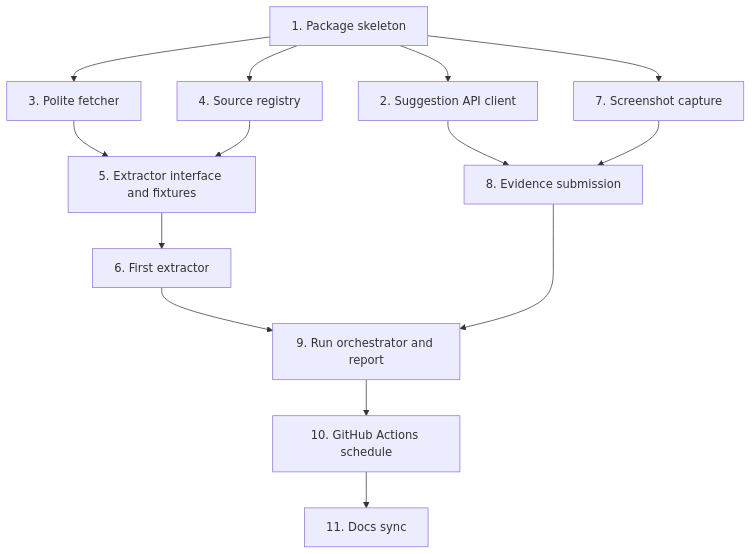
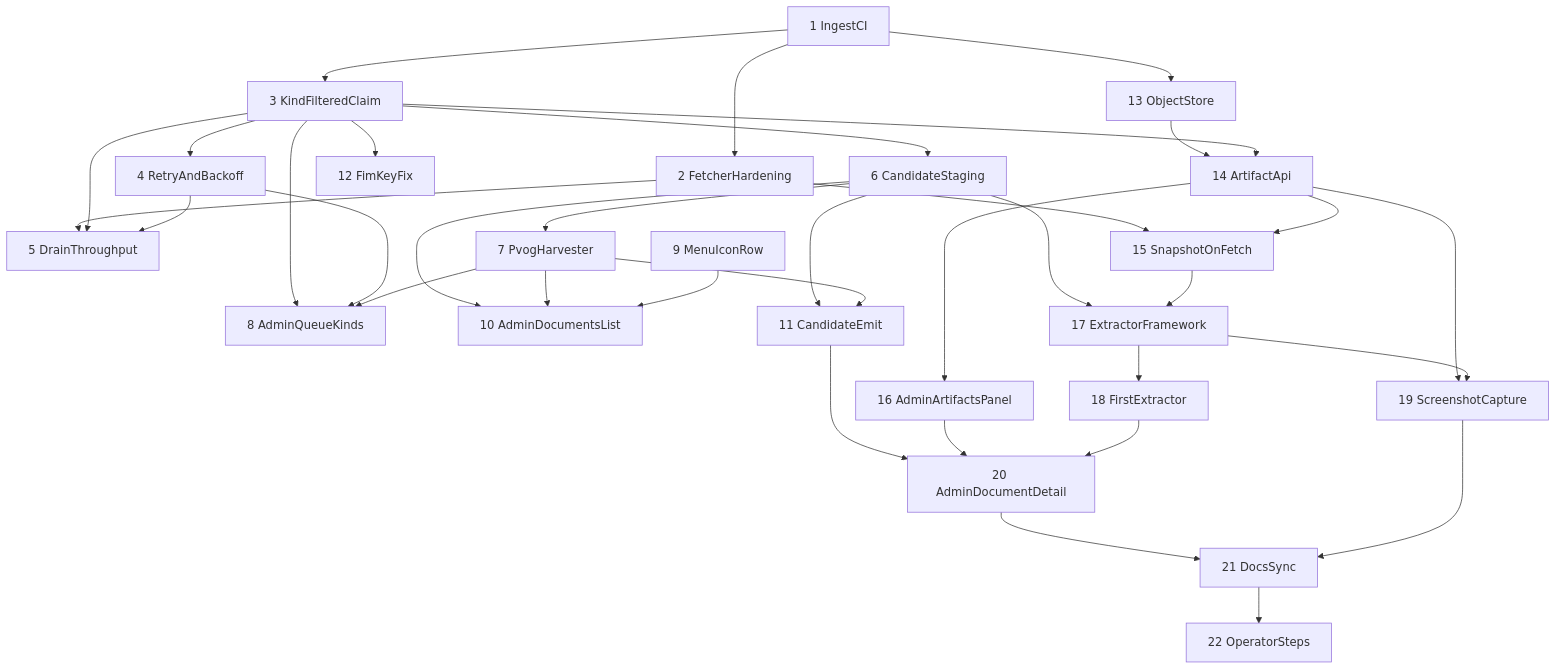
Before and after one commit to vadim-schultz/redtape: the diagram in .plans/crawlers/01-rollout.md, drawn with Mermaid. The commit also changed other lines of this file and 46 other files, not shown here.

First line of the commit message:
docs(crawlers): rewrite suite as a queue-based, document-first plan

````diff
--- a/.plans/crawlers/01-rollout.md
+++ b/.plans/crawlers/01-rollout.md
@@ -30,16 +31,37 @@
 ```mermaid
 flowchart TD
-  C1[1. Package skeleton] --> C2[2. Suggestion API client]
-  C1 --> C3[3. Polite fetcher]
-  C1 --> C4[4. Source registry]
-  C3 --> C5[5. Extractor interface and fixtures]
+  C1[1 IngestCI] --> C2[2 FetcherHardening]
+  C1 --> C3[3 KindFilteredClaim]
+  C3 --> C4[4 RetryAndBackoff]
+  C2 --> C5[5 DrainThroughput]
+  C3 --> C5
   C4 --> C5
-  C5 --> C6[6. First extractor]
-  C1 --> C7[7. Screenshot capture]
-  C2 --> C8[8. Evidence submission]
+  C3 --> C6[6 CandidateStaging]
+  C6 --> C7[7 PvogHarvester]
+  C3 --> C8[8 AdminQueueKinds]
+  C4 --> C8
   C7 --> C8
-  C6 --> C9[9. Run orchestrator and report]
-  C8 --> C9
-  C9 --> C10[10. GitHub Actions schedule]
-  C10 --> C11[11. Docs sync]
+  C6 --> C10[10 AdminDocumentsList]
+  C7 --> C10
+  C9[9 MenuIconRow] --> C10
+  C6 --> C11[11 CandidateEmit]
+  C7 --> C11
+  C3 --> C12[12 FimKeyFix]
+  C1 --> C13[13 ObjectStore]
+  C13 --> C14[14 ArtifactApi]
+  C3 --> C14
+  C2 --> C15[15 SnapshotOnFetch]
+  C14 --> C15
+  C14 --> C16[16 AdminArtifactsPanel]
+  C6 --> C17[17 ExtractorFramework]
+  C15 --> C17
+  C17 --> C18[18 FirstExtractor]
+  C14 --> C19[19 ScreenshotCapture]
+  C17 --> C19
+  C11 --> C20[20 AdminDocumentDetail]
+  C16 --> C20
+  C18 --> C20
+  C20 --> C21[21 DocsSync]
+  C19 --> C21
+  C21 --> C22[22 OperatorSteps]
 ```
````
